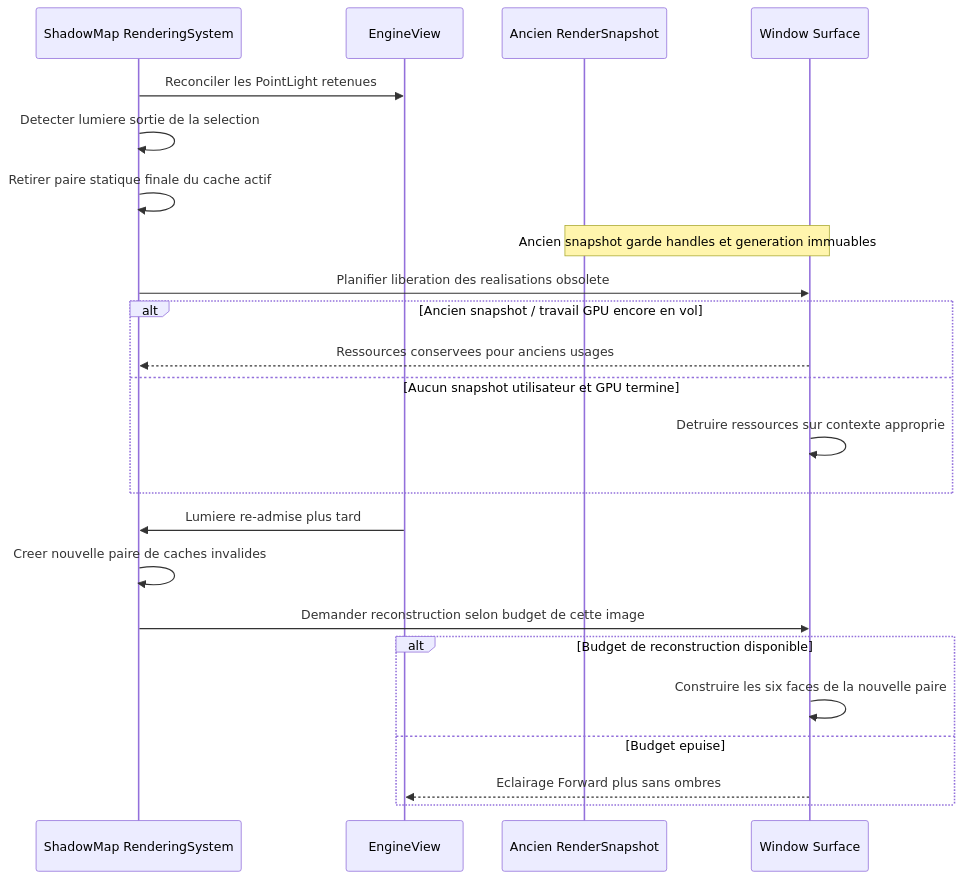
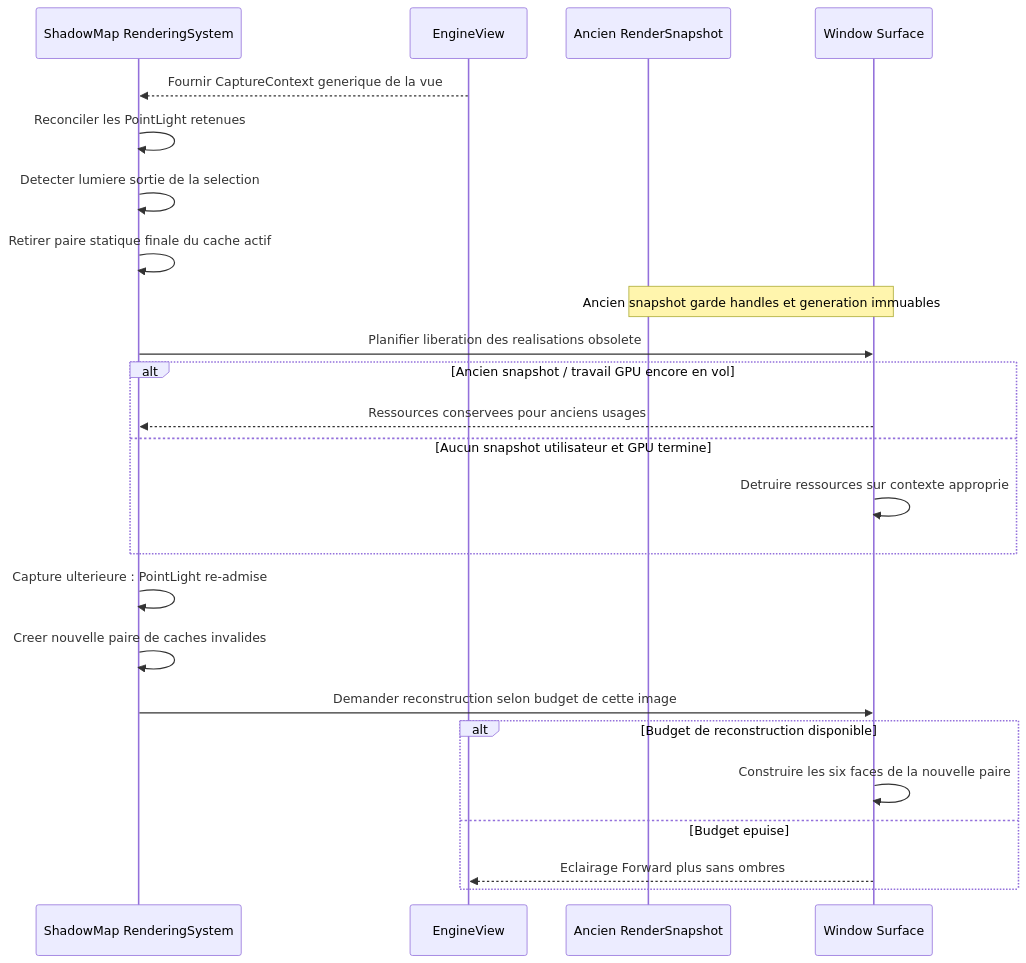
One commit to EreliaStudio/Sparkle changed the eighth of 19 diagrams in docs/voxel-engine-v0.1.4-specification.md. Above: the diagram before and after it, drawn with Mermaid.

Commit message:
docs(v0.1.4): keep ShadowMap eviction sequence generic EngineView-neutral

````diff
--- a/docs/voxel-engine-v0.1.4-specification.md
+++ b/docs/voxel-engine-v0.1.4-specification.md
@@ -757,25 +757,26 @@
 ```mermaid
 sequenceDiagram
     participant SEL as ShadowMap RenderingSystem
     participant VIEW as EngineView
     participant SNAP as Ancien RenderSnapshot
     participant GPU as Window Surface
-    SEL->>VIEW: Reconciler les PointLight retenues
+    VIEW-->>SEL: Fournir CaptureContext generique de la vue
+    SEL->>SEL: Reconciler les PointLight retenues
     SEL->>SEL: Detecter lumiere sortie de la selection
     SEL->>SEL: Retirer paire statique finale du cache actif
     Note over SNAP,GPU: Ancien snapshot garde handles et generation immuables
     SEL->>GPU: Planifier liberation des realisations obsolete
     alt Ancien snapshot / travail GPU encore en vol
         GPU-->>SEL: Ressources conservees pour anciens usages
     else Aucun snapshot utilisateur et GPU termine
         GPU->>GPU: Detruire ressources sur contexte approprie
     end
-    VIEW->>SEL: Lumiere re-admise plus tard
+    SEL->>SEL: Capture ulterieure : PointLight re-admise
     SEL->>SEL: Creer nouvelle paire de caches invalides
     SEL->>GPU: Demander reconstruction selon budget de cette image
     alt Budget de reconstruction disponible
         GPU->>GPU: Construire les six faces de la nouvelle paire
     else Budget epuise
         GPU-->>VIEW: Eclairage Forward plus sans ombres
     end
 ```
````
